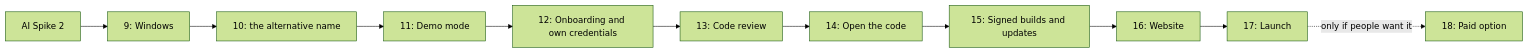
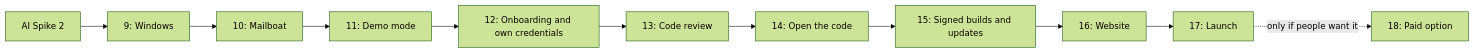
The diagram in docs/ROADMAP.md (nwoolls/mailboat), drawn with Mermaid (forest theme) before and after one commit. The commit also changed other lines of this file and 72 other files, not shown here.

````diff
--- a/docs/ROADMAP.md
+++ b/docs/ROADMAP.md
@@ -2291,13 +2291,13 @@
 ```mermaid
 flowchart LR
   AI["AI Spike 2"] --> W["9: Windows"]
-  W --> M10["10: the alternative name"]
+  W --> M10["10: Mailboat"]
   M10 --> M11["11: Demo mode"]
   M11 --> M12["12: Onboarding and own credentials"]
   M12 --> M13["13: Code review"]
   M13 --> M14["14: Open the code"]
   M14 --> M15["15: Signed builds and updates"]
   M15 --> M16["16: Website"]
   M16 --> M17["17: Launch"]
   M17 -.->|"only if people want it"| M18["18: Paid option"]
 ```
````
